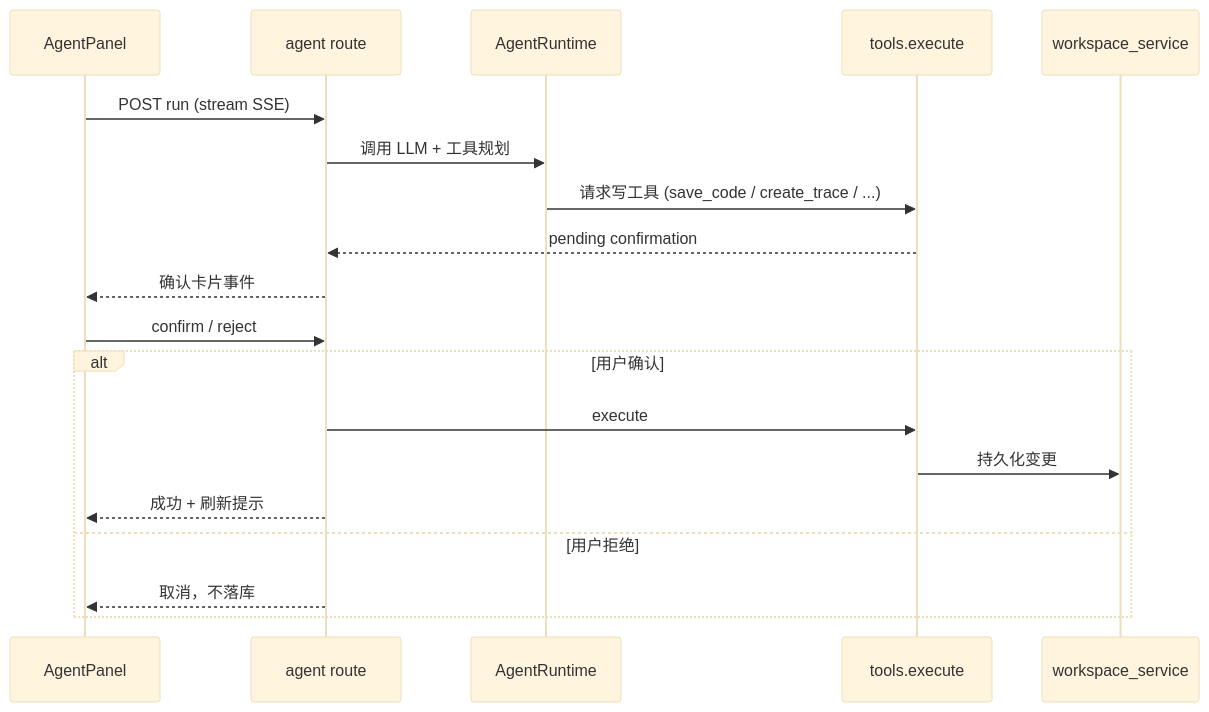
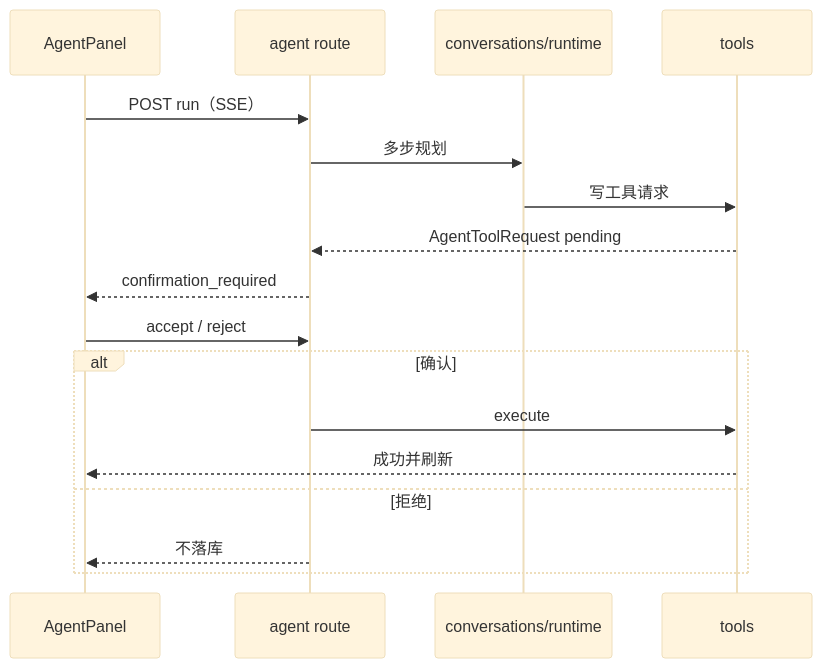
The ninth of 12 diagrams in FinalRelease/UML.md (1JI0O/SE26Project-15), drawn with Mermaid (base theme) before and after one commit. The commit also changed other lines of this file and 1 other file, not shown here.

````diff
--- a/FinalRelease/UML.md
+++ b/FinalRelease/UML.md
@@ -330,22 +368,20 @@
 ```mermaid
 sequenceDiagram
   participant UI as AgentPanel
   participant API as agent route
-  participant RT as AgentRuntime
-  participant Tool as tools.execute
-  participant WS as workspace_service
+  participant RT as conversations/runtime
+  participant Tool as tools
 
-  UI->>API: POST run (stream SSE)
-  API->>RT: 调用 LLM + 工具规划
-  RT->>Tool: 请求写工具 (save_code / create_trace / ...)
-  Tool-->>API: pending confirmation
-  API-->>UI: 确认卡片事件
-  UI->>API: confirm / reject
-  alt 用户确认
+  UI->>API: POST run（SSE）
+  API->>RT: 多步规划
+  RT->>Tool: 写工具请求
+  Tool-->>API: AgentToolRequest pending
+  API-->>UI: confirmation_required
+  UI->>API: accept / reject
+  alt 确认
     API->>Tool: execute
-    Tool->>WS: 持久化变更
-    API-->>UI: 成功 + 刷新提示
-  else 用户拒绝
-    API-->>UI: 取消，不落库
+    Tool-->>UI: 成功并刷新
+  else 拒绝
+    API-->>UI: 不落库
   end
 ```
````
